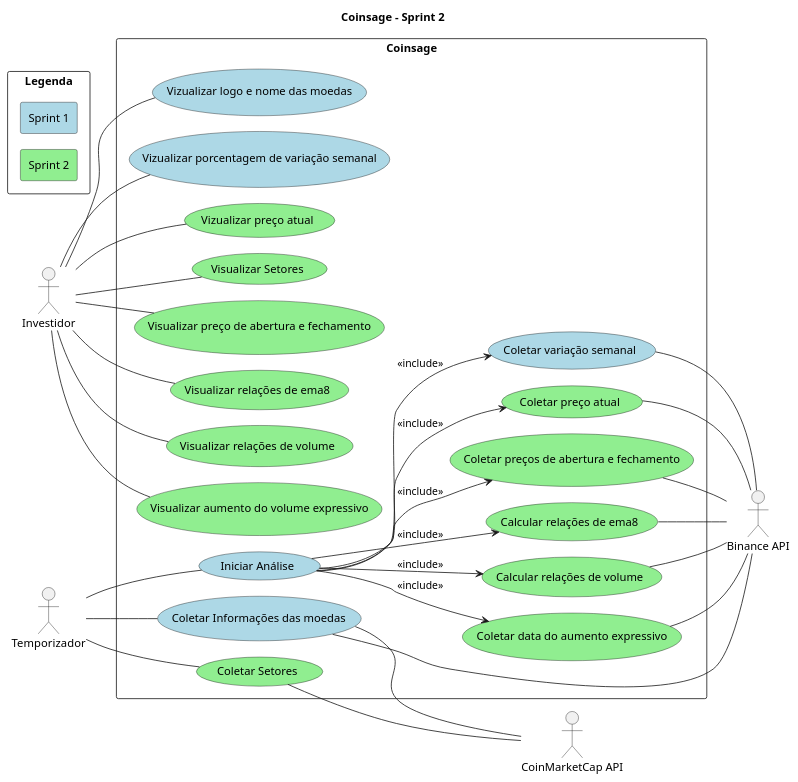
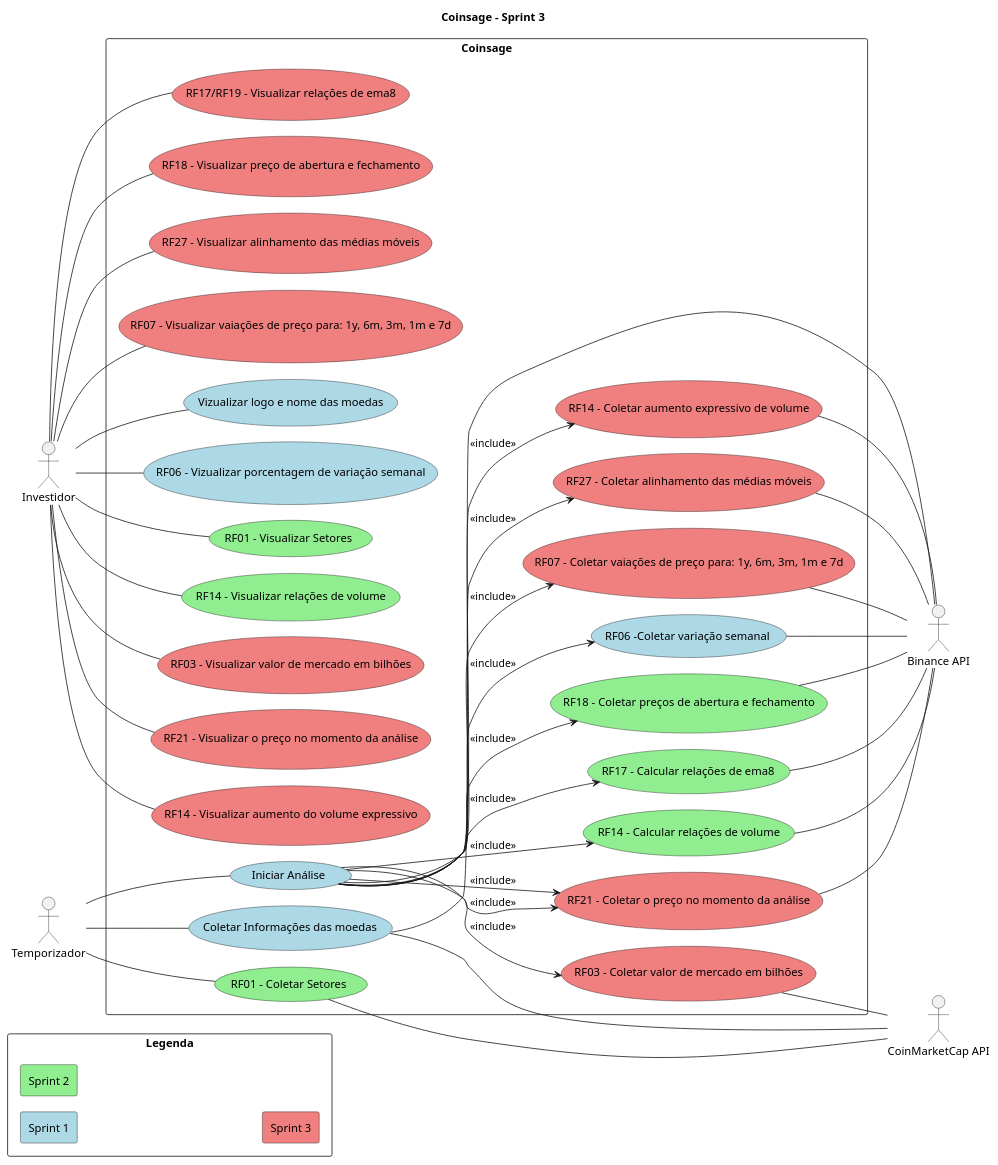
The diagram in Artefatos/diagramas/casos_de_uso/use_cases.plantuml (ICEI-PUC-Minas-PPLES-TI/plf-es-2024-1-ti3-8981100-coinsage), drawn with PlantUML before and after one commit.

Commit message:
usecases

```diff
--- a/Artefatos/diagramas/casos_de_uso/use_cases.plantuml
+++ b/Artefatos/diagramas/casos_de_uso/use_cases.plantuml
@@ -1,82 +1,102 @@
 @startuml
-title Coinsage - Sprint 2
+title Coinsage - Sprint 3
 
 left to right direction
 actor "Investidor" as investor
 actor "Temporizador" as schedule
 actor "Binance API" as binance
 actor "CoinMarketCap API" as cmc
 
 rectangle "Legenda"{
     skinparam minClassWidth 10
     skinparam nodesep 1
     skinparam ranksep 1
 
     rectangle "Sprint 1" #LightBlue
     rectangle "Sprint 2" #LightGreen
-    ' rectangle "Sprint 3" #LightCoral
+    rectangle "Sprint 3" #LightCoral
     ' rectangle "Sprint 4" #LightYellow
 }
 
 rectangle "Coinsage"{
     skinparam nodesep 20
 
     ' Schedules use cases
+    ' Sp1
     usecase "Iniciar Análise" as sch_analysis #LightBlue
     usecase "Coletar Informações das moedas" as sch_cripto_info #LightBlue
-    usecase "Coletar variação semanal" as collect_cripto_week_incresse #LightBlue
-    usecase "Coletar preço atual" as collect_cripto_current_price #LightGreen /' Should be sprint 1 but not ended '/
-
-    usecase "Coletar Setores" as sch_sectors #LightGreen
-    usecase "Coletar preços de abertura e fechamento" as collect_cripto_open_close #LightGreen
-    usecase "Calcular relações de ema8" as collect_ema8_relations #LightGreen
-    usecase "Calcular relações de volume" as collect_volume_relations #LightGreen
-    usecase "Coletar data do aumento expressivo" as collect_expressive_volume_date #LightGreen
+    usecase "RF06 -Coletar variação semanal" as collect_cripto_week_incresse #LightBlue
+    ' Sp2
+    usecase "RF01 - Coletar Setores" as sch_sectors #LightGreen
+    usecase "RF18 - Coletar preços de abertura e fechamento" as collect_cripto_open_close #LightGreen
+    usecase "RF17 - Calcular relações de ema8" as collect_ema8_relations #LightGreen
+    usecase "RF14 - Calcular relações de volume" as collect_volume_relations #LightGreen
+    ' Sp3
+    usecase "RF03 - Coletar valor de mercado em bilhões" as collect_market_cap #LightCoral /' Should be sprint 2 but not ended '/
+    usecase "RF21 - Coletar o preço no momento da análise" as collect_cripto_current_price #LightCoral /' Should be sprint 2 but not ended '/
+    usecase "RF14 - Coletar aumento expressivo de volume" as collect_expressive_volume_date #LightCoral /' Should be sprint 2 but not ended '/
+    usecase "RF27 - Coletar alinhamento das médias móveis" as collect_emas_aligned #LightCoral
+    usecase "RF07 - Coletar vaiações de preço para: 1y, 6m, 3m, 1m e 7d" as collect_cripto_price_variations #LightCoral
 
     ' Report use cases
+    ' Sp1
     usecase "Vizualizar logo e nome das moedas" as view_cripto_info #LightBlue
-    usecase "Vizualizar porcentagem de variação semanal" as view_cripto_week_incresse #LightBlue
-    usecase "Vizualizar preço atual" as view_cripto_current_price #LightGreen /' Should be sprint 1 but not ended '/
-
-    usecase "Visualizar Setores" as view_sectors #LightGreen
-    usecase "Visualizar preço de abertura e fechamento" as view_cripto_open_close #LightGreen
-    usecase "Visualizar relações de ema8" as view_ema8_relations #LightGreen
-    usecase "Visualizar relações de volume" as view_volume_relations #LightGreen
-    usecase "Visualizar aumento do volume expressivo" as view_expressive_volume_increase #LightGreen
+    usecase "RF06 - Vizualizar porcentagem de variação semanal" as view_cripto_week_incresse #LightBlue
+    ' Sp2
+    usecase "RF01 - Visualizar Setores" as view_sectors #LightGreen
+    usecase "RF14 - Visualizar relações de volume" as view_volume_relations #LightGreen
+    ' Sp3
+    usecase "RF03 - Visualizar valor de mercado em bilhões" as view_market_cap #LightCoral /' Should be sprint 2 but not ended '/
+    usecase "RF21 - Visualizar o preço no momento da análise" as view_cripto_current_price #LightCoral /' Should be sprint 2 but not ended '/
+    usecase "RF14 - Visualizar aumento do volume expressivo" as view_expressive_volume_increase #LightCoral /' Should be sprint 2 but not ended '/
+    usecase "RF17/RF19 - Visualizar relações de ema8" as view_ema8_relations #LightCoral /' Should be sprint 2 but not ended '/
+    usecase "RF18 - Visualizar preço de abertura e fechamento" as view_cripto_open_close #LightCoral /' Should be sprint 2 but not ended '/
+    usecase "RF27 - Visualizar alinhamento das médias móveis" as view_emas_aligned #LightCoral
+    usecase "RF07 - Visualizar vaiações de preço para: 1y, 6m, 3m, 1m e 7d" as view_cripto_price_variations #LightCoral
 }
 
 ' Schedules use cases
 schedule -- sch_analysis
 schedule -- sch_sectors
 schedule -- sch_cripto_info
 
 ' APIS use cases
 sch_sectors -- cmc
 sch_cripto_info -- binance
 sch_cripto_info -- cmc
 collect_cripto_week_incresse -- binance
 collect_cripto_current_price -- binance
 collect_cripto_open_close -- binance
 collect_ema8_relations -- binance
 collect_volume_relations -- binance
 collect_expressive_volume_date -- binance
+collect_market_cap -- cmc
+collect_emas_aligned -- binance
+collect_cripto_price_variations -- binance
 
 ' Investor use cases
 investor -- view_sectors
 investor -- view_cripto_info
 investor -- view_cripto_week_incresse
 investor -- view_cripto_current_price
 investor -- view_cripto_open_close
 investor -- view_ema8_relations
 investor -- view_volume_relations
 investor -- view_expressive_volume_increase
+investor -- view_market_cap
+investor -- view_emas_aligned
+investor -- view_cripto_price_variations
 
 ' Use cases relations
 sch_analysis --> collect_cripto_week_incresse  : <<include>>
 sch_analysis --> collect_cripto_current_price  : <<include>>
 sch_analysis --> collect_cripto_open_close  : <<include>>
 sch_analysis --> collect_ema8_relations  : <<include>>
 sch_analysis --> collect_volume_relations  : <<include>>
 sch_analysis --> collect_expressive_volume_date : <<include>>
+sch_analysis --> collect_market_cap : <<include>>
+sch_analysis --> collect_cripto_current_price : <<include>>
+sch_analysis --> collect_emas_aligned : <<include>>
+sch_analysis --> collect_cripto_price_variations : <<include>>
 
 @enduml
```
